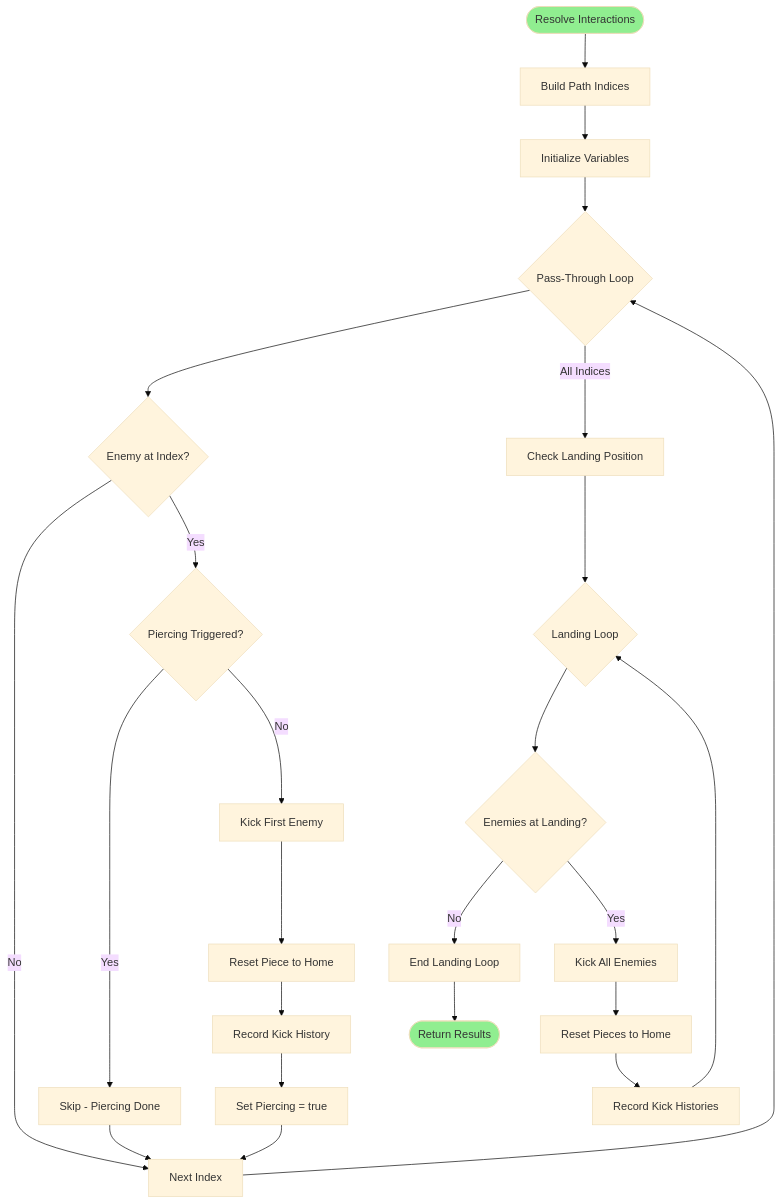
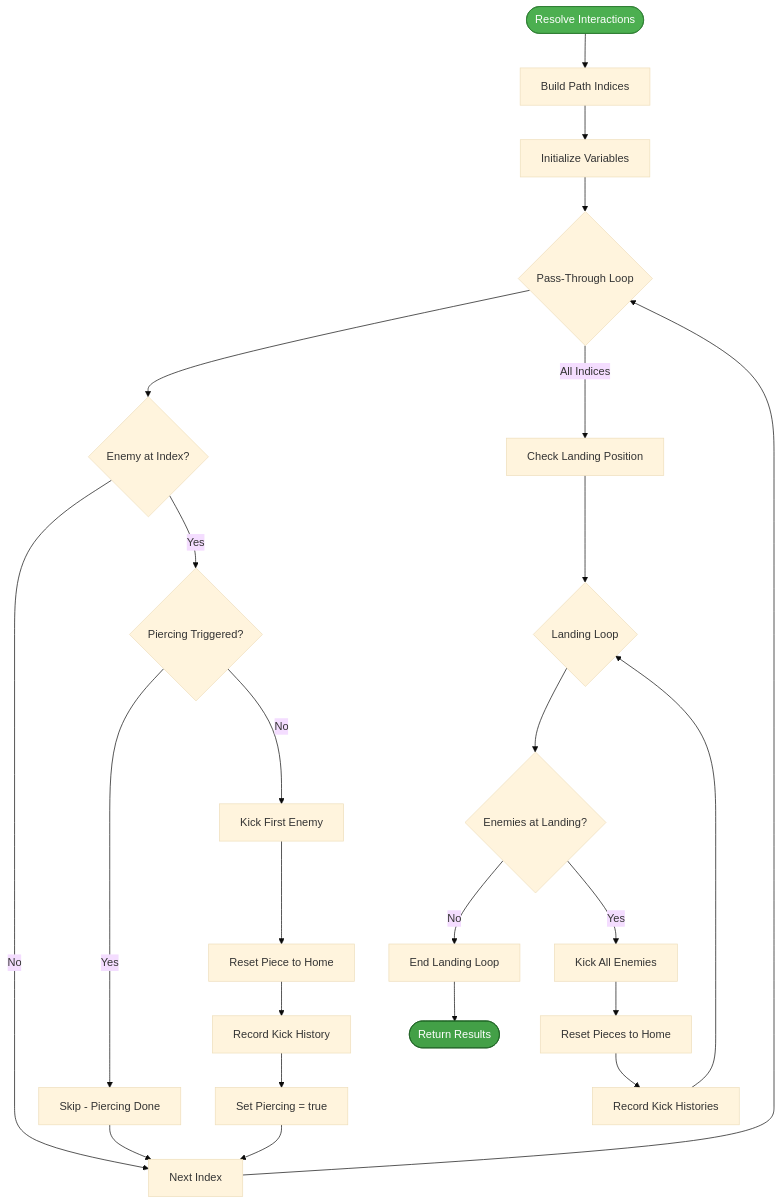
One commit to huanchainrgp/ludo-docs changed the tenth of 17 diagrams in gameplay-diagram.md. Above: the diagram before and after it, drawn with Mermaid (base theme). The commit also changed other lines of this file and 1 other file, not shown here.

````diff
--- a/gameplay-diagram.md
+++ b/gameplay-diagram.md
@@ -426,39 +426,39 @@
 ```mermaid
 flowchart TD
     Start([Resolve Interactions]) --> BuildPath[Build Path Indices]
     BuildPath --> InitVars[Initialize Variables]
     
     InitVars --> LoopPass{Pass-Through Loop}
     
     LoopPass --> CheckEnemy{Enemy at Index?}
     CheckEnemy -->|No| NextPass[Next Index]
     CheckEnemy -->|Yes| CheckPiercing{Piercing Triggered?}
     
     CheckPiercing -->|Yes| Skip[Skip - Piercing Done]
     CheckPiercing -->|No| KickFirst[Kick First Enemy]
     
     KickFirst --> ResetPiece[Reset Piece to Home]
     ResetPiece --> RecordKick[Record Kick History]
     RecordKick --> SetPiercing[Set Piercing = true]
     
     SetPiercing --> NextPass
     Skip --> NextPass
     NextPass --> LoopPass
     
     LoopPass -->|All Indices| CheckLanding[Check Landing Position]
     
     CheckLanding --> LoopLanding{Landing Loop}
     LoopLanding --> CheckEnemyLanding{Enemies at Landing?}
     
     CheckEnemyLanding -->|No| EndLanding[End Landing Loop]
     CheckEnemyLanding -->|Yes| KickAll[Kick All Enemies]
     
     KickAll --> ResetPiece2[Reset Pieces to Home]
     ResetPiece2 --> RecordKick2[Record Kick Histories]
     RecordKick2 --> LoopLanding
     
     EndLanding --> ReturnResults([Return Results])
     
-    style Start fill:#90EE90
-    style ReturnResults fill:#90EE90
+    style Start fill:#4CAF50,stroke:#2E7D32,color:#FFFFFF
+    style ReturnResults fill:#43A047,stroke:#1B5E20,color:#FFFFFF
 ```
````
